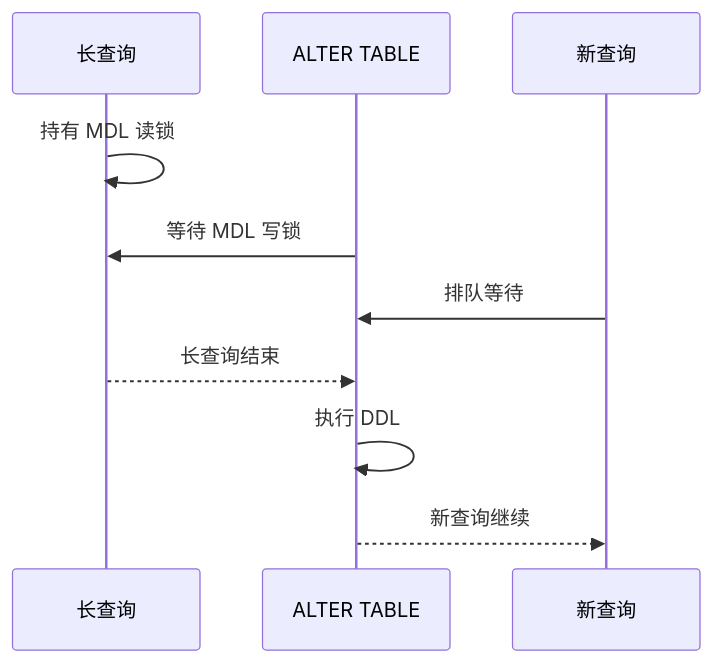
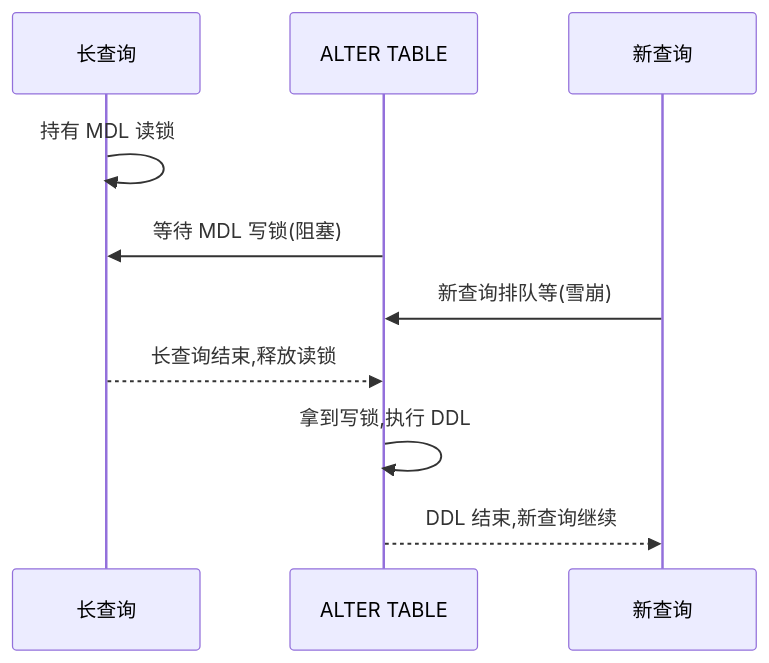
Before and after one commit to vaynedu/interview_note: the first of 3 diagrams in 03-mysql/15-online-ddl-mdl.md, drawn with Mermaid. The commit also changed other lines of this file, not shown here.

First line of the commit message:
docs(mysql): 15-online-ddl-mdl 大补——三算法详解 + 每点配一句话总结

````diff
--- a/03-mysql/15-online-ddl-mdl.md
+++ b/03-mysql/15-online-ddl-mdl.md
@@ -18,13 +126,13 @@
 ```mermaid
 sequenceDiagram
     participant T1 as 长查询
     participant DDL as ALTER TABLE
     participant T2 as 新查询
 
     T1->>T1: 持有 MDL 读锁
-    DDL->>T1: 等待 MDL 写锁
-    T2->>DDL: 排队等待
-    T1-->>DDL: 长查询结束
-    DDL->>DDL: 执行 DDL
-    DDL-->>T2: 新查询继续
+    DDL->>T1: 等待 MDL 写锁(阻塞)
+    T2->>DDL: 新查询排队等(雪崩)
+    T1-->>DDL: 长查询结束,释放读锁
+    DDL->>DDL: 拿到写锁,执行 DDL
+    DDL-->>T2: DDL 结束,新查询继续
 ```
````
